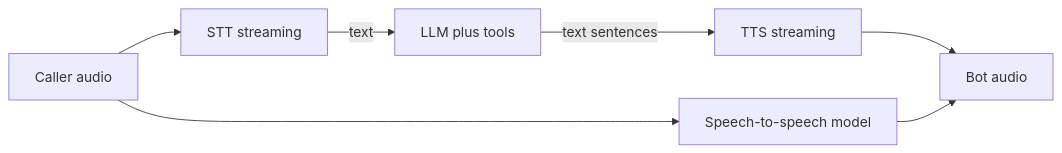
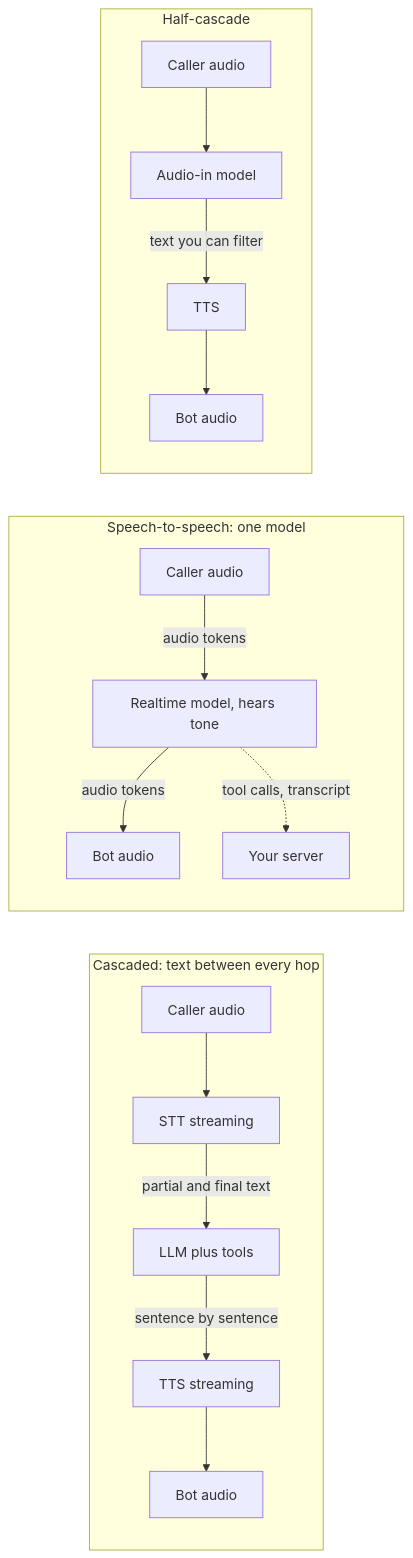
One commit to flow6979/viewinter changed the eighth of 17 diagrams in content/11-agentic/18-multimodal-voice.md. Above: the diagram before and after it, drawn with Mermaid. The commit also changed other lines of this file and 85 other files, not shown here.

First line of the commit message:
AI + RAG content: add diagrams across every page (196 -> 513)

````diff
--- a/content/11-agentic/18-multimodal-voice.md
+++ b/content/11-agentic/18-multimodal-voice.md
@@ -287,9 +368,19 @@
 ```mermaid
 flowchart LR
-    U["Caller audio"] --> STT["STT streaming"]
-    STT -->|text| LLM["LLM plus tools"]
-    LLM -->|text sentences| TTS["TTS streaming"]
-    TTS --> O["Bot audio"]
-    U --> S2S["Speech-to-speech model"]
-    S2S --> O
+    subgraph CAS["Cascaded: text between every hop"]
+        U1["Caller audio"] --> STT["STT streaming"]
+        STT -->|partial and final text| LLM["LLM plus tools"]
+        LLM -->|sentence by sentence| TTS["TTS streaming"]
+        TTS --> O1["Bot audio"]
+    end
+    subgraph S2S["Speech-to-speech: one model"]
+        U2["Caller audio"] -->|audio tokens| RT["Realtime model, hears tone"]
+        RT -->|audio tokens| O2["Bot audio"]
+        RT -.->|tool calls, transcript| SIDE["Your server"]
+    end
+    subgraph HALF["Half-cascade"]
+        U3["Caller audio"] --> AU["Audio-in model"]
+        AU -->|text you can filter| TTS2["TTS"]
+        TTS2 --> O3["Bot audio"]
+    end
 ```
````
